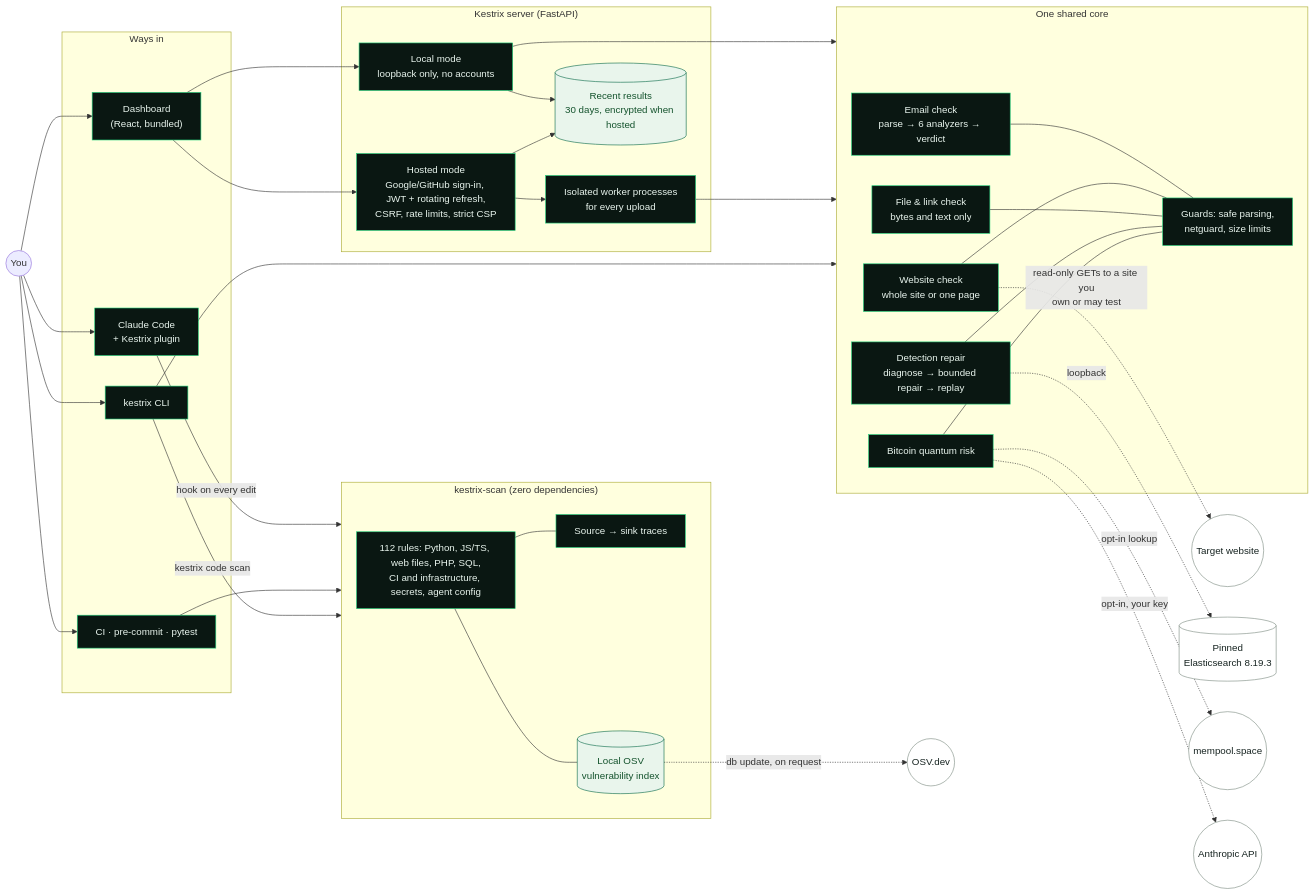
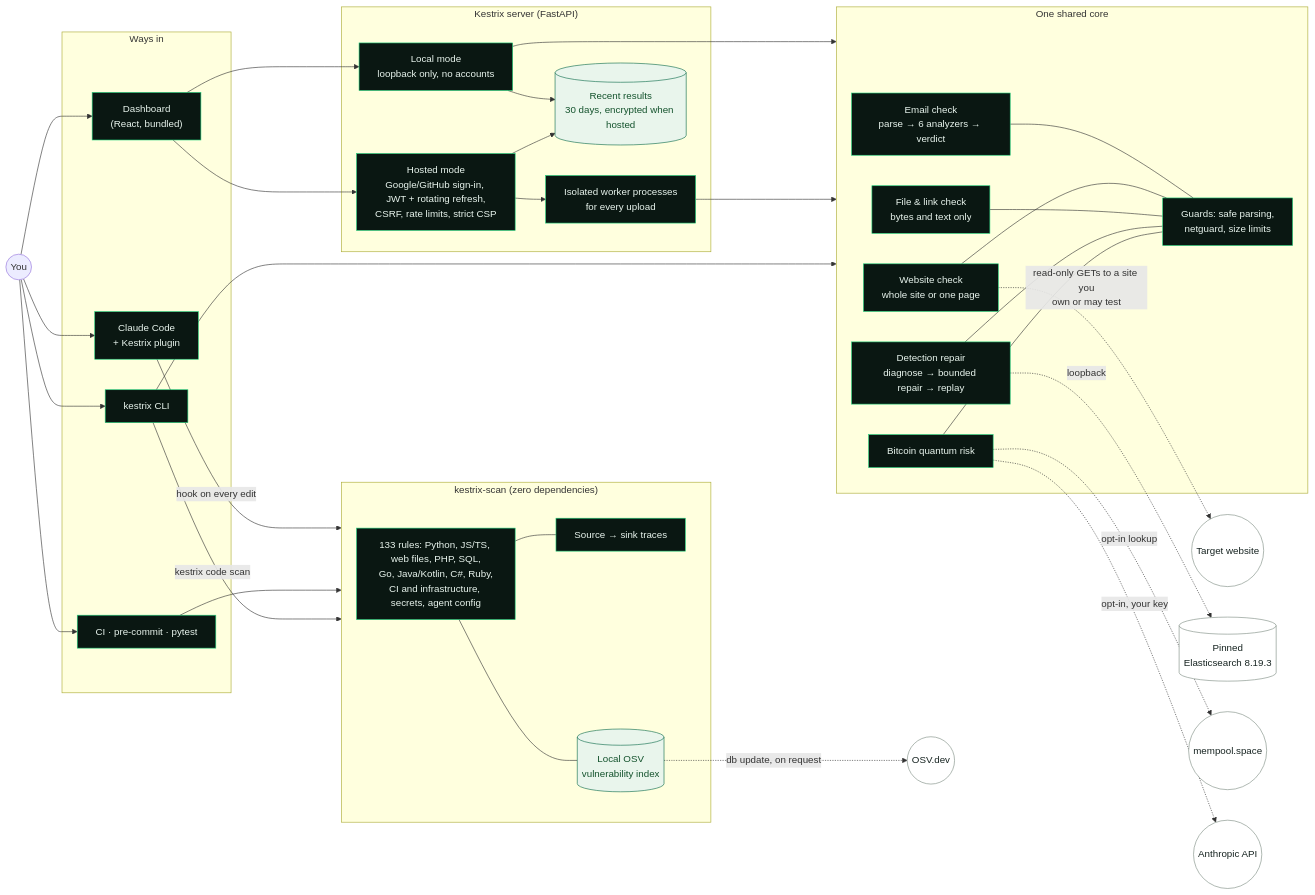
One commit to Ruthvik-Bandari/kestrix changed the diagram in README.md. Above: the diagram before and after it, drawn with Mermaid. The commit also changed 22 other files, not shown here.

````diff
--- a/README.md
+++ b/README.md
@@ -379,59 +379,59 @@
 ```mermaid
 flowchart LR
   you(("You"))
 
   subgraph entry["Ways in"]
     cli["kestrix CLI"]
     ui["Dashboard<br/>(React, bundled)"]
     cc["Claude Code<br/>+ Kestrix plugin"]
     ci["CI · pre-commit · pytest"]
   end
 
   subgraph server["Kestrix server (FastAPI)"]
     local["Local mode<br/>loopback only, no accounts"]
     hosted["Hosted mode<br/>Google/GitHub sign-in, JWT + rotating refresh,<br/>CSRF, rate limits, strict CSP"]
     iso["Isolated worker processes<br/>for every upload"]
     hist[("Recent results<br/>30 days, encrypted when hosted")]
   end
 
   subgraph core["One shared core"]
     mail["Email check<br/>parse → 6 analyzers → verdict"]
     web["Website check<br/>whole site or one page"]
     foren["File & link check<br/>bytes and text only"]
     det["Detection repair<br/>diagnose → bounded repair → replay"]
     btc["Bitcoin quantum risk"]
     guard["Guards: safe parsing,<br/>netguard, size limits"]
   end
 
   subgraph scanner["kestrix-scan (zero dependencies)"]
-    rules["112 rules: Python, JS/TS, web files, PHP, SQL,<br/>CI and infrastructure, secrets, agent config"]
+    rules["133 rules: Python, JS/TS, web files, PHP, SQL,<br/>Go, Java/Kotlin, C#, Ruby,<br/>CI and infrastructure, secrets, agent config"]
     taint["Source → sink traces"]
     osv[("Local OSV<br/>vulnerability index")]
   end
 
   you --> cli & ui & cc & ci
   ui --> local & hosted
   hosted --> iso
   local & iso --> core
   cli --> core
   local & hosted --> hist
   cc -->|"hook on every edit"| scanner
   ci --> scanner
   cli -->|"kestrix code scan"| scanner
   rules --- taint
   rules --- osv
   mail & web & foren & det & btc --- guard
 
   web -.->|"read-only GETs to a site you<br/>own or may test"| site((Target website))
   det -.->|"loopback"| es[("Pinned<br/>Elasticsearch 8.19.3")]
   btc -.->|"opt-in lookup"| mempool((mempool.space))
   btc -.->|"opt-in, your key"| anthropic((Anthropic API))
   osv -.->|"db update, on request"| osvnet((OSV.dev))
 
   classDef zone fill:#0a1712,stroke:#1fd17a,color:#e9f5ee
   classDef ext fill:#ffffff,stroke:#7d8d82,color:#162320
   classDef store fill:#e9f5ec,stroke:#0c6b4b,color:#14532d
   class cli,ui,cc,ci,local,hosted,iso,mail,web,foren,det,btc,guard,rules,taint zone
   class site,es,mempool,anthropic,osvnet ext
   class hist,osv store
 ```
````
